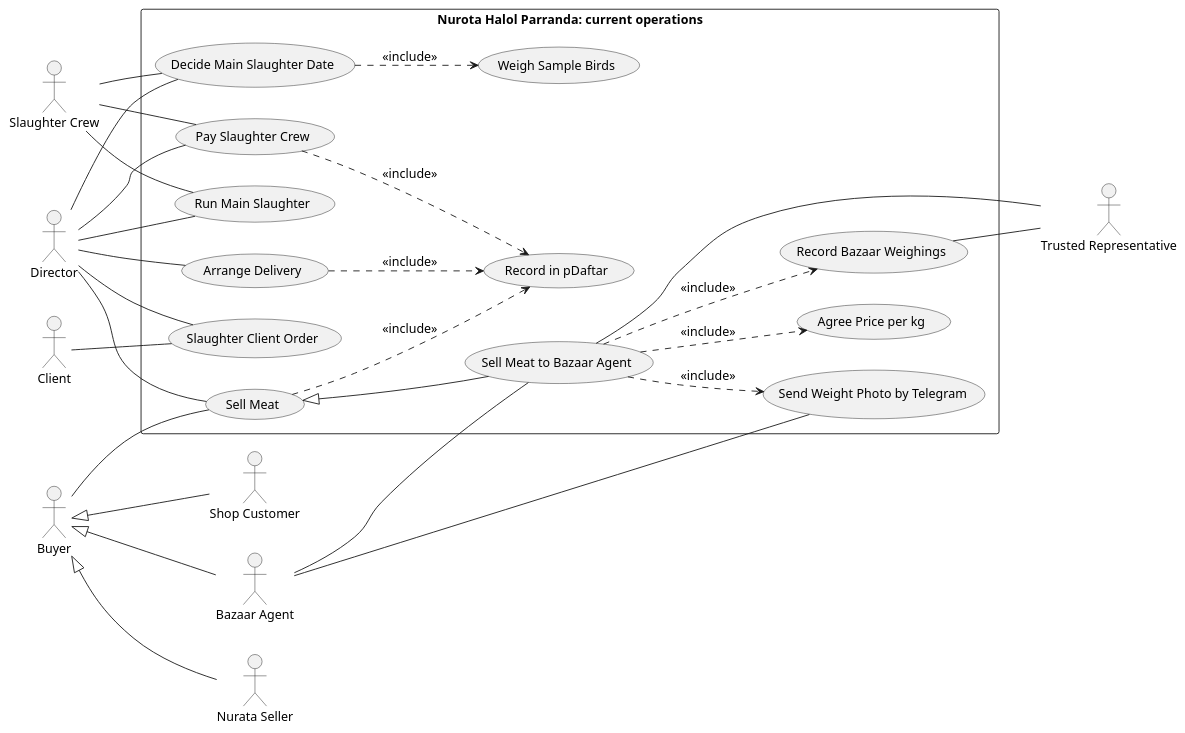
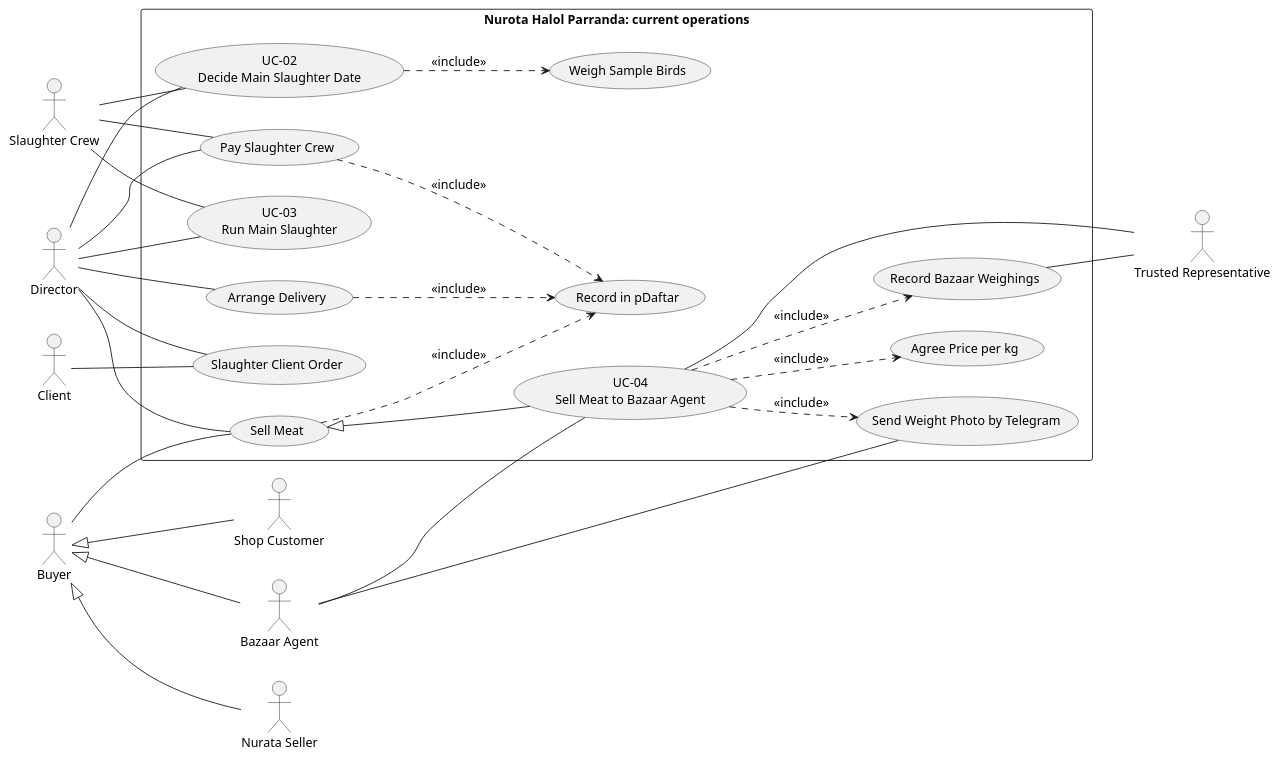
The diagram in diagrams/use-case-slaughter-sales.puml (MuzaffarNurillaew/sad), drawn with PlantUML before and after one commit. The commit also changed other lines of this file and 4 other files, not shown here.

First line of the commit message:
Trim use case diagram text and label tabled use cases

```diff
--- a/diagrams/use-case-slaughter-sales.puml
+++ b/diagrams/use-case-slaughter-sales.puml
@@ -13,55 +14,55 @@
 @startuml
 left to right direction
 skinparam packageStyle rectangle
 skinparam shadowing false
 skinparam defaultFontSize 14
 
 actor "Director" as DIR
 actor "Slaughter Crew" as CREW
 actor "Client" as CL
 actor "Buyer" as BUY
 actor "Bazaar Agent" as BA
 actor "Nurata Seller" as NS
 actor "Shop Customer" as SHC
 actor "Trusted Representative" as TR
 rectangle "Nurota Halol Parranda: current operations" {
-  usecase "Decide Main Slaughter Date" as DS
+  usecase "UC-02\nDecide Main Slaughter Date" as DS
   usecase "Weigh Sample Birds" as WS
-  usecase "Run Main Slaughter" as MS
+  usecase "UC-03\nRun Main Slaughter" as MS
   usecase "Pay Slaughter Crew" as PC
   usecase "Slaughter Client Order" as SC
   usecase "Arrange Delivery" as AD
   usecase "Sell Meat" as SM
-  usecase "Sell Meat to Bazaar Agent" as SMBA
+  usecase "UC-04\nSell Meat to Bazaar Agent" as SMBA
   usecase "Agree Price per kg" as AP
   usecase "Send Weight Photo by Telegram" as WP
   usecase "Record Bazaar Weighings" as RW
   usecase "Record in pDaftar" as PD
 }
 DIR -- DS
 DIR -- MS
 DIR -- PC
 DIR -- SC
 DIR -- AD
 DIR -- SM
 DS ..> WS : <<include>>
 PC ..> PD : <<include>>
 AD ..> PD : <<include>>
 SM ..> PD : <<include>>
 SM <|-- SMBA
 SMBA ..> AP : <<include>>
 SMBA ..> WP : <<include>>
 SMBA ..> RW : <<include>>
 CREW -- DS
 CREW -- MS
 CREW -- PC
 CL -- SC
 BUY -- SM
 BA -- SMBA
 BA -- WP
 RW -- TR
 SMBA -- TR
 BUY <|-- BA
 BUY <|-- NS
 BUY <|-- SHC
 @enduml
```
